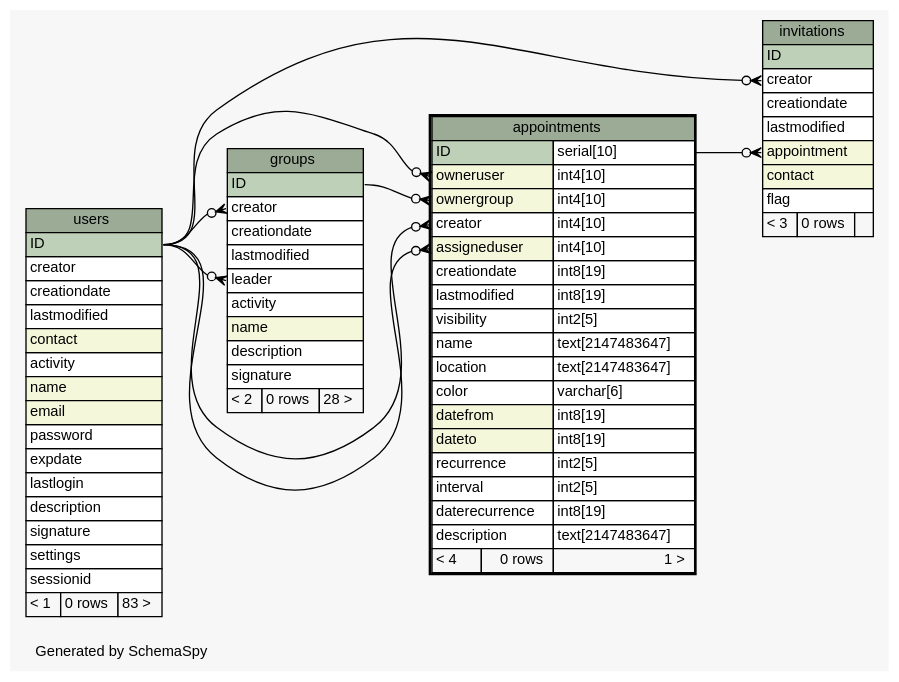
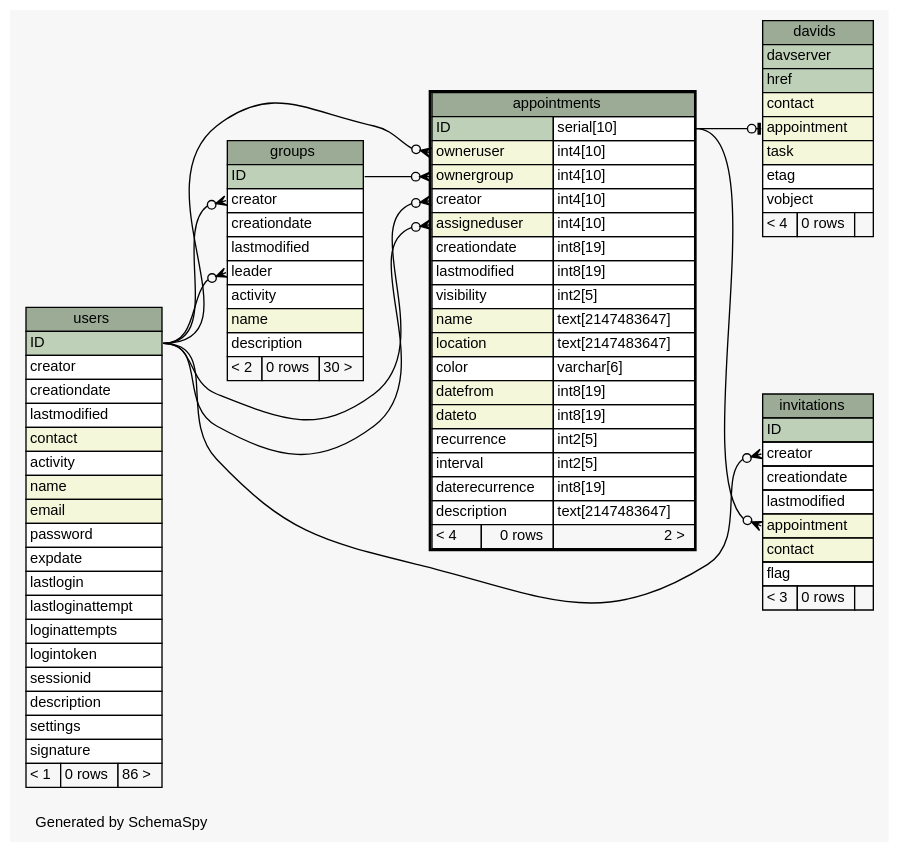
One commit to zeyosinc/zeyos-schema changed the diagram in diagrams/appointments.1degree.dot. Above: the diagram before and after it, drawn with Graphviz. The commit also changed 314 other files, not shown here.

```diff
--- a/diagrams/appointments.1degree.dot
+++ b/diagrams/appointments.1degree.dot
@@ -1,114 +1,133 @@
-// dot 2.38.0 on Windows 8.1 6.3
+// dot 2.38.0 on Mac OS X 10.11.2
 // SchemaSpy rev 590
 digraph "oneDegreeRelationshipsDiagram" {
   graph [
     rankdir="RL"
     bgcolor="#f7f7f7"
     label="\nGenerated by SchemaSpy"
     labeljust="l"
     nodesep="0.18"
     ranksep="0.46"
     fontname="Helvetica"
     fontsize="11"
   ];
   node [
     fontname="Helvetica"
     fontsize="11"
     shape="plaintext"
   ];
   edge [
     arrowsize="0.8"
   ];
   "appointments":"assigneduser":w -> "users":"ID":e [arrowhead=none dir=back arrowtail=crowodot];
   "appointments":"creator":w -> "users":"ID":e [arrowhead=none dir=back arrowtail=crowodot];
   "appointments":"ownergroup":w -> "groups":"ID":e [arrowhead=none dir=back arrowtail=crowodot];
   "appointments":"owneruser":w -> "users":"ID":e [arrowhead=none dir=back arrowtail=crowodot];
+  "davids":"appointment":w -> "appointments":"ID.type":e [arrowhead=none dir=back arrowtail=teeodot];
   "groups":"creator":w -> "users":"ID":e [arrowhead=none dir=back arrowtail=crowodot];
   "groups":"leader":w -> "users":"ID":e [arrowhead=none dir=back arrowtail=crowodot];
   "invitations":"appointment":w -> "appointments":"ID.type":e [arrowhead=none dir=back arrowtail=crowodot];
   "invitations":"creator":w -> "users":"ID":e [arrowhead=none dir=back arrowtail=crowodot];
   "appointments" [
     label=<
     <TABLE BORDER="2" CELLBORDER="1" CELLSPACING="0" BGCOLOR="#ffffff">
       <TR><TD COLSPAN="3" BGCOLOR="#9bab96" ALIGN="CENTER">appointments</TD></TR>
       <TR><TD PORT="ID" COLSPAN="2" BGCOLOR="#bed1b8" ALIGN="LEFT">ID</TD><TD PORT="ID.type" ALIGN="LEFT">serial[10]</TD></TR>
       <TR><TD PORT="owneruser" COLSPAN="2" BGCOLOR="#f4f7da" ALIGN="LEFT">owneruser</TD><TD PORT="owneruser.type" ALIGN="LEFT">int4[10]</TD></TR>
       <TR><TD PORT="ownergroup" COLSPAN="2" BGCOLOR="#f4f7da" ALIGN="LEFT">ownergroup</TD><TD PORT="ownergroup.type" ALIGN="LEFT">int4[10]</TD></TR>
       <TR><TD PORT="creator" COLSPAN="2" ALIGN="LEFT">creator</TD><TD PORT="creator.type" ALIGN="LEFT">int4[10]</TD></TR>
       <TR><TD PORT="assigneduser" COLSPAN="2" BGCOLOR="#f4f7da" ALIGN="LEFT">assigneduser</TD><TD PORT="assigneduser.type" ALIGN="LEFT">int4[10]</TD></TR>
       <TR><TD PORT="creationdate" COLSPAN="2" ALIGN="LEFT">creationdate</TD><TD PORT="creationdate.type" ALIGN="LEFT">int8[19]</TD></TR>
       <TR><TD PORT="lastmodified" COLSPAN="2" ALIGN="LEFT">lastmodified</TD><TD PORT="lastmodified.type" ALIGN="LEFT">int8[19]</TD></TR>
       <TR><TD PORT="visibility" COLSPAN="2" ALIGN="LEFT">visibility</TD><TD PORT="visibility.type" ALIGN="LEFT">int2[5]</TD></TR>
-      <TR><TD PORT="name" COLSPAN="2" ALIGN="LEFT">name</TD><TD PORT="name.type" ALIGN="LEFT">text[2147483647]</TD></TR>
-      <TR><TD PORT="location" COLSPAN="2" ALIGN="LEFT">location</TD><TD PORT="location.type" ALIGN="LEFT">text[2147483647]</TD></TR>
+      <TR><TD PORT="name" COLSPAN="2" BGCOLOR="#f4f7da" ALIGN="LEFT">name</TD><TD PORT="name.type" ALIGN="LEFT">text[2147483647]</TD></TR>
+      <TR><TD PORT="location" COLSPAN="2" BGCOLOR="#f4f7da" ALIGN="LEFT">location</TD><TD PORT="location.type" ALIGN="LEFT">text[2147483647]</TD></TR>
       <TR><TD PORT="color" COLSPAN="2" ALIGN="LEFT">color</TD><TD PORT="color.type" ALIGN="LEFT">varchar[6]</TD></TR>
       <TR><TD PORT="datefrom" COLSPAN="2" BGCOLOR="#f4f7da" ALIGN="LEFT">datefrom</TD><TD PORT="datefrom.type" ALIGN="LEFT">int8[19]</TD></TR>
       <TR><TD PORT="dateto" COLSPAN="2" BGCOLOR="#f4f7da" ALIGN="LEFT">dateto</TD><TD PORT="dateto.type" ALIGN="LEFT">int8[19]</TD></TR>
       <TR><TD PORT="recurrence" COLSPAN="2" ALIGN="LEFT">recurrence</TD><TD PORT="recurrence.type" ALIGN="LEFT">int2[5]</TD></TR>
       <TR><TD PORT="interval" COLSPAN="2" ALIGN="LEFT">interval</TD><TD PORT="interval.type" ALIGN="LEFT">int2[5]</TD></TR>
       <TR><TD PORT="daterecurrence" COLSPAN="2" ALIGN="LEFT">daterecurrence</TD><TD PORT="daterecurrence.type" ALIGN="LEFT">int8[19]</TD></TR>
       <TR><TD PORT="description" COLSPAN="2" ALIGN="LEFT">description</TD><TD PORT="description.type" ALIGN="LEFT">text[2147483647]</TD></TR>
-      <TR><TD ALIGN="LEFT" BGCOLOR="#f7f7f7">&lt; 4</TD><TD ALIGN="RIGHT" BGCOLOR="#f7f7f7">0 rows</TD><TD ALIGN="RIGHT" BGCOLOR="#f7f7f7">1 &gt;</TD></TR>
+      <TR><TD ALIGN="LEFT" BGCOLOR="#f7f7f7">&lt; 4</TD><TD ALIGN="RIGHT" BGCOLOR="#f7f7f7">0 rows</TD><TD ALIGN="RIGHT" BGCOLOR="#f7f7f7">2 &gt;</TD></TR>
     </TABLE>>
     URL="appointments.html"
     tooltip="appointments"
+  ];
+  "davids" [
+    label=<
+    <TABLE BORDER="0" CELLBORDER="1" CELLSPACING="0" BGCOLOR="#ffffff">
+      <TR><TD COLSPAN="3" BGCOLOR="#9bab96" ALIGN="CENTER">davids</TD></TR>
+      <TR><TD PORT="davserver" COLSPAN="3" BGCOLOR="#bed1b8" ALIGN="LEFT">davserver</TD></TR>
+      <TR><TD PORT="href" COLSPAN="3" BGCOLOR="#bed1b8" ALIGN="LEFT">href</TD></TR>
+      <TR><TD PORT="contact" COLSPAN="3" BGCOLOR="#f4f7da" ALIGN="LEFT">contact</TD></TR>
+      <TR><TD PORT="appointment" COLSPAN="3" BGCOLOR="#f4f7da" ALIGN="LEFT">appointment</TD></TR>
+      <TR><TD PORT="task" COLSPAN="3" BGCOLOR="#f4f7da" ALIGN="LEFT">task</TD></TR>
+      <TR><TD PORT="etag" COLSPAN="3" ALIGN="LEFT">etag</TD></TR>
+      <TR><TD PORT="vobject" COLSPAN="3" ALIGN="LEFT">vobject</TD></TR>
+      <TR><TD ALIGN="LEFT" BGCOLOR="#f7f7f7">&lt; 4</TD><TD ALIGN="RIGHT" BGCOLOR="#f7f7f7">0 rows</TD><TD ALIGN="RIGHT" BGCOLOR="#f7f7f7">  </TD></TR>
+    </TABLE>>
+    URL="davids.html"
+    tooltip="davids"
   ];
   "groups" [
     label=<
     <TABLE BORDER="0" CELLBORDER="1" CELLSPACING="0" BGCOLOR="#ffffff">
       <TR><TD COLSPAN="3" BGCOLOR="#9bab96" ALIGN="CENTER">groups</TD></TR>
       <TR><TD PORT="ID" COLSPAN="3" BGCOLOR="#bed1b8" ALIGN="LEFT">ID</TD></TR>
       <TR><TD PORT="creator" COLSPAN="3" ALIGN="LEFT">creator</TD></TR>
       <TR><TD PORT="creationdate" COLSPAN="3" ALIGN="LEFT">creationdate</TD></TR>
       <TR><TD PORT="lastmodified" COLSPAN="3" ALIGN="LEFT">lastmodified</TD></TR>
       <TR><TD PORT="leader" COLSPAN="3" ALIGN="LEFT">leader</TD></TR>
       <TR><TD PORT="activity" COLSPAN="3" ALIGN="LEFT">activity</TD></TR>
       <TR><TD PORT="name" COLSPAN="3" BGCOLOR="#f4f7da" ALIGN="LEFT">name</TD></TR>
       <TR><TD PORT="description" COLSPAN="3" ALIGN="LEFT">description</TD></TR>
-      <TR><TD PORT="signature" COLSPAN="3" ALIGN="LEFT">signature</TD></TR>
-      <TR><TD ALIGN="LEFT" BGCOLOR="#f7f7f7">&lt; 2</TD><TD ALIGN="RIGHT" BGCOLOR="#f7f7f7">0 rows</TD><TD ALIGN="RIGHT" BGCOLOR="#f7f7f7">28 &gt;</TD></TR>
+      <TR><TD ALIGN="LEFT" BGCOLOR="#f7f7f7">&lt; 2</TD><TD ALIGN="RIGHT" BGCOLOR="#f7f7f7">0 rows</TD><TD ALIGN="RIGHT" BGCOLOR="#f7f7f7">30 &gt;</TD></TR>
     </TABLE>>
     URL="groups.html"
     tooltip="groups"
   ];
   "invitations" [
     label=<
     <TABLE BORDER="0" CELLBORDER="1" CELLSPACING="0" BGCOLOR="#ffffff">
       <TR><TD COLSPAN="3" BGCOLOR="#9bab96" ALIGN="CENTER">invitations</TD></TR>
       <TR><TD PORT="ID" COLSPAN="3" BGCOLOR="#bed1b8" ALIGN="LEFT">ID</TD></TR>
       <TR><TD PORT="creator" COLSPAN="3" ALIGN="LEFT">creator</TD></TR>
       <TR><TD PORT="creationdate" COLSPAN="3" ALIGN="LEFT">creationdate</TD></TR>
       <TR><TD PORT="lastmodified" COLSPAN="3" ALIGN="LEFT">lastmodified</TD></TR>
       <TR><TD PORT="appointment" COLSPAN="3" BGCOLOR="#f4f7da" ALIGN="LEFT">appointment</TD></TR>
       <TR><TD PORT="contact" COLSPAN="3" BGCOLOR="#f4f7da" ALIGN="LEFT">contact</TD></TR>
       <TR><TD PORT="flag" COLSPAN="3" ALIGN="LEFT">flag</TD></TR>
       <TR><TD ALIGN="LEFT" BGCOLOR="#f7f7f7">&lt; 3</TD><TD ALIGN="RIGHT" BGCOLOR="#f7f7f7">0 rows</TD><TD ALIGN="RIGHT" BGCOLOR="#f7f7f7">  </TD></TR>
     </TABLE>>
     URL="invitations.html"
     tooltip="invitations"
   ];
   "users" [
     label=<
     <TABLE BORDER="0" CELLBORDER="1" CELLSPACING="0" BGCOLOR="#ffffff">
       <TR><TD COLSPAN="3" BGCOLOR="#9bab96" ALIGN="CENTER">users</TD></TR>
       <TR><TD PORT="ID" COLSPAN="3" BGCOLOR="#bed1b8" ALIGN="LEFT">ID</TD></TR>
       <TR><TD PORT="creator" COLSPAN="3" ALIGN="LEFT">creator</TD></TR>
       <TR><TD PORT="creationdate" COLSPAN="3" ALIGN="LEFT">creationdate</TD></TR>
       <TR><TD PORT="lastmodified" COLSPAN="3" ALIGN="LEFT">lastmodified</TD></TR>
       <TR><TD PORT="contact" COLSPAN="3" BGCOLOR="#f4f7da" ALIGN="LEFT">contact</TD></TR>
       <TR><TD PORT="activity" COLSPAN="3" ALIGN="LEFT">activity</TD></TR>
       <TR><TD PORT="name" COLSPAN="3" BGCOLOR="#f4f7da" ALIGN="LEFT">name</TD></TR>
       <TR><TD PORT="email" COLSPAN="3" BGCOLOR="#f4f7da" ALIGN="LEFT">email</TD></TR>
       <TR><TD PORT="password" COLSPAN="3" ALIGN="LEFT">password</TD></TR>
       <TR><TD PORT="expdate" COLSPAN="3" ALIGN="LEFT">expdate</TD></TR>
       <TR><TD PORT="lastlogin" COLSPAN="3" ALIGN="LEFT">lastlogin</TD></TR>
+      <TR><TD PORT="lastloginattempt" COLSPAN="3" ALIGN="LEFT">lastloginattempt</TD></TR>
+      <TR><TD PORT="loginattempts" COLSPAN="3" ALIGN="LEFT">loginattempts</TD></TR>
+      <TR><TD PORT="logintoken" COLSPAN="3" ALIGN="LEFT">logintoken</TD></TR>
+      <TR><TD PORT="sessionid" COLSPAN="3" ALIGN="LEFT">sessionid</TD></TR>
       <TR><TD PORT="description" COLSPAN="3" ALIGN="LEFT">description</TD></TR>
+      <TR><TD PORT="settings" COLSPAN="3" ALIGN="LEFT">settings</TD></TR>
       <TR><TD PORT="signature" COLSPAN="3" ALIGN="LEFT">signature</TD></TR>
-      <TR><TD PORT="settings" COLSPAN="3" ALIGN="LEFT">settings</TD></TR>
-      <TR><TD PORT="sessionid" COLSPAN="3" ALIGN="LEFT">sessionid</TD></TR>
-      <TR><TD ALIGN="LEFT" BGCOLOR="#f7f7f7">&lt; 1</TD><TD ALIGN="RIGHT" BGCOLOR="#f7f7f7">0 rows</TD><TD ALIGN="RIGHT" BGCOLOR="#f7f7f7">83 &gt;</TD></TR>
+      <TR><TD ALIGN="LEFT" BGCOLOR="#f7f7f7">&lt; 1</TD><TD ALIGN="RIGHT" BGCOLOR="#f7f7f7">0 rows</TD><TD ALIGN="RIGHT" BGCOLOR="#f7f7f7">86 &gt;</TD></TR>
     </TABLE>>
     URL="users.html"
     tooltip="users"
   ];
 }
```
